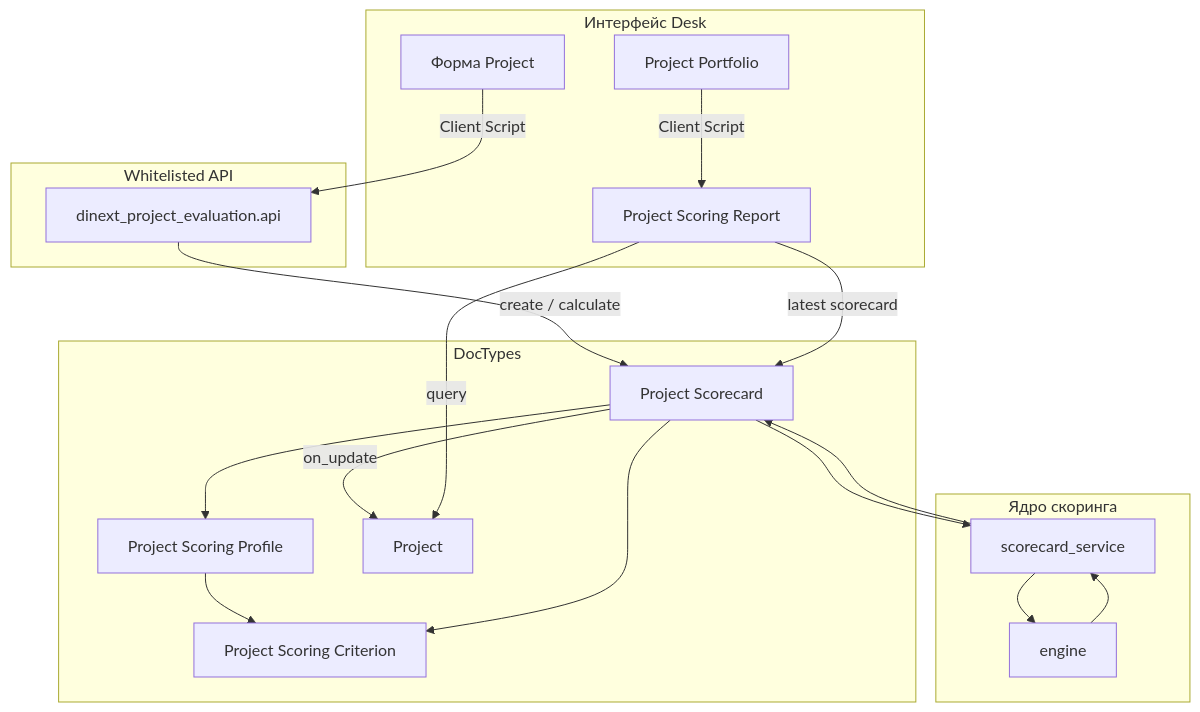
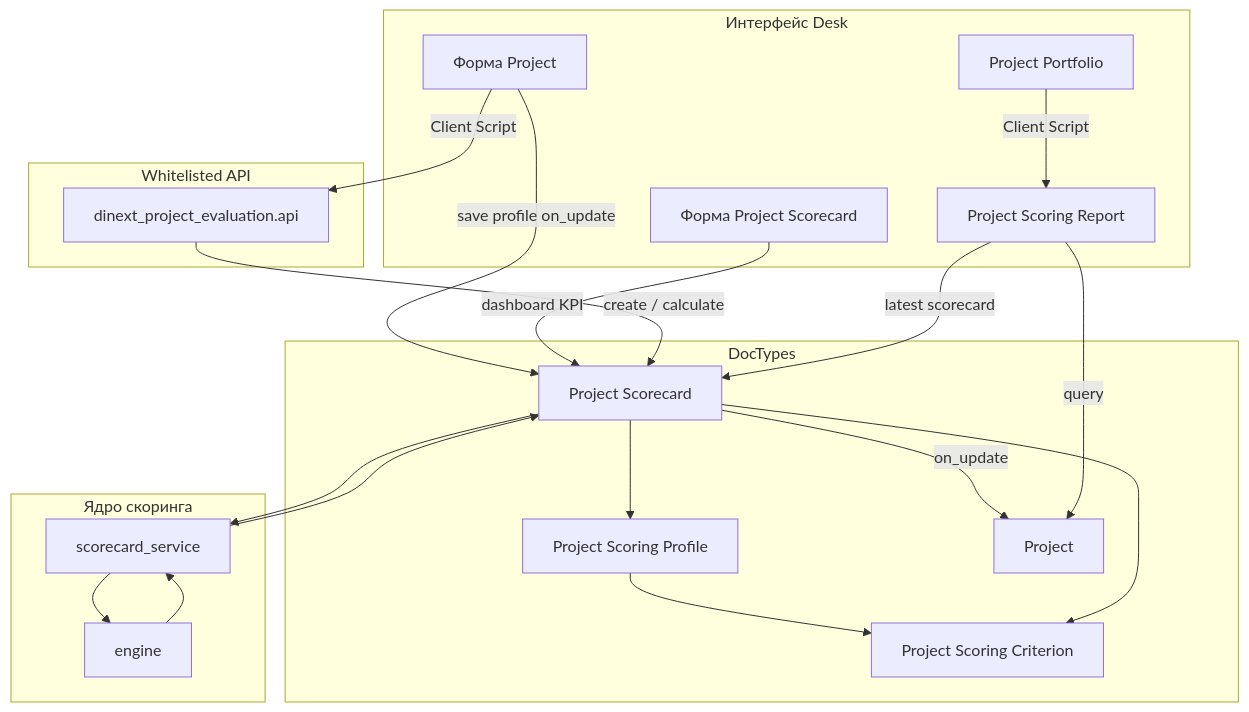
One commit to Dinext-pro/dinext-project-evaluation changed the second of 2 diagrams in README.md. Above: the diagram before and after it, drawn with Mermaid. The commit also changed other lines of this file and 1 other file, not shown here.

First line of the commit message:
Enhance Project Scorecard with automatic Draft creation and validation improvements

````diff
--- a/README.md
+++ b/README.md
@@ -389,38 +443,41 @@
 ```mermaid
 flowchart TB
   subgraph UI["Интерфейс Desk"]
     P[Форма Project]
+    SCUI[Форма Project Scorecard]
     PP[Project Portfolio]
     R[Project Scoring Report]
   end
 
   subgraph API["Whitelisted API"]
     A[dinext_project_evaluation.api]
   end
 
   subgraph Docs["DocTypes"]
     CR[Project Scoring Criterion]
     PR[Project Scoring Profile]
     SC[Project Scorecard]
     PJ[Project]
   end
 
   subgraph Core["Ядро скоринга"]
     SVC[scorecard_service]
     ENG[engine]
   end
 
   P -->|Client Script| A
+  P -->|save profile on_update| SC
+  SCUI -->|dashboard KPI| SC
   PP -->|Client Script| R
   A -->|create / calculate| SC
   SC --> SVC
   SVC --> ENG
   ENG --> SVC
   SVC --> SC
   SC -->|on_update| PJ
   PR --> CR
   SC --> PR
   SC --> CR
   R -->|query| PJ
   R -->|latest scorecard| SC
 ```
````
